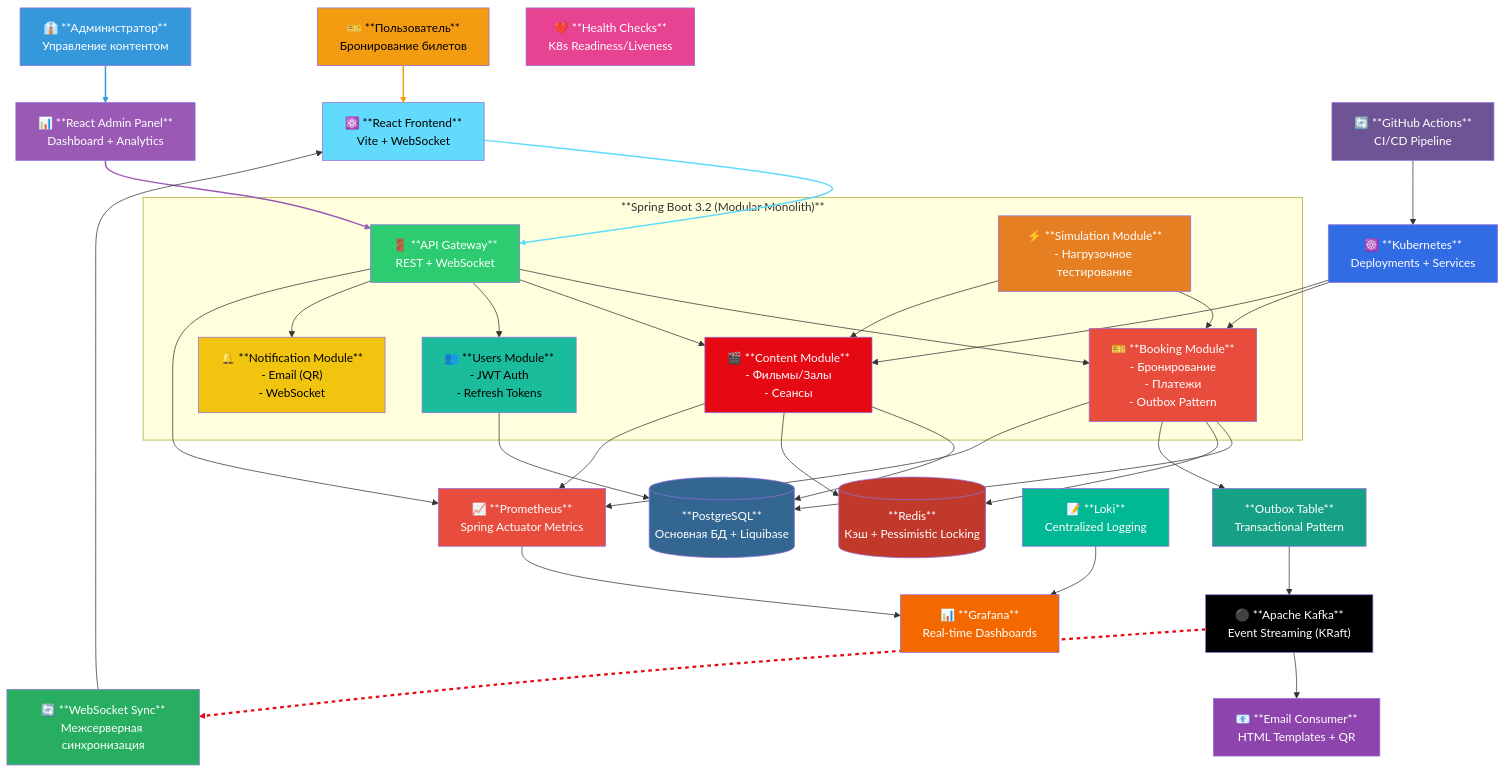
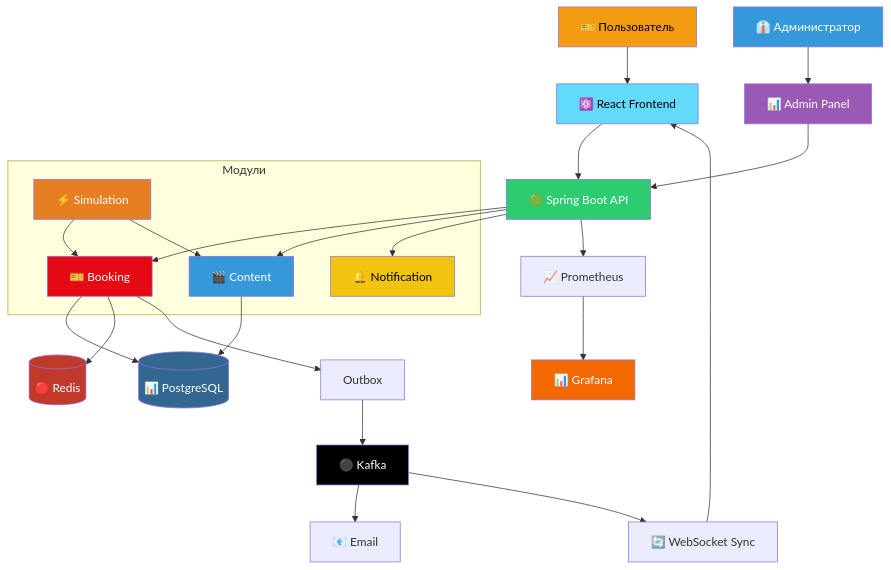
Before and after one commit to Frytes/CinemaPlus: the diagram in README.md, drawn with Mermaid. The commit also changed other lines of this file and 2 other files, not shown here.

````diff
--- a/README.md
+++ b/README.md
@@ -46,111 +48,54 @@
 ```mermaid
 graph TB
-    %% ========== КЛИЕНТЫ ==========
-    CLIENT_USER["🎫 **Пользователь**<br/>Бронирование билетов"] 
-    CLIENT_ADMIN["👔 **Администратор**<br/>Управление контентом"]
+    %% Клиенты
+    U["🎫 Пользователь"] --> FE["⚛️ React Frontend"]
+    A["👔 Администратор"] --> AP["📊 Admin Panel"]
     
-    %% ========== ФРОНТЕНД ==========
-    FRONTEND["⚛️ **React Frontend**<br/>Vite + WebSocket"]
-    ADMIN_PANEL["📊 **React Admin Panel**<br/>Dashboard + Analytics"]
+    %% Бэкенд
+    FE --> SB["🟢 Spring Boot API"]
+    AP --> SB
     
-    %% ========== БЭКЕНД ==========
-    subgraph "**Spring Boot 3.2 (Modular Monolith)**"
-        API_GATEWAY["🚪 **API Gateway**<br/>REST + WebSocket"]
-        
-        MODULE_BOOKING["🎫 **Booking Module**<br/>- Бронирование<br/>- Платежи<br/>- Outbox Pattern"]
-        MODULE_CONTENT["🎬 **Content Module**<br/>- Фильмы/Залы<br/>- Сеансы"]
-        MODULE_USERS["👥 **Users Module**<br/>- JWT Auth<br/>- Refresh Tokens"]
-        MODULE_NOTIFY["🔔 **Notification Module**<br/>- Email (QR)<br/>- WebSocket"]
-        MODULE_SIMULATE["⚡ **Simulation Module**<br/>- Нагрузочное тестирование"]
+    subgraph "Модули"
+        B["🎫 Booking"]
+        C["🎬 Content"]
+        N["🔔 Notification"]
+        S["⚡ Simulation"]
     end
     
-    %% ========== ХРАНИЛИЩА ==========
-    DB_MAIN[("**PostgreSQL**<br/>Основная БД + Liquibase")]
-    DB_CACHE[("**Redis**<br/>Кэш + Pessimistic Locking")]
-    DB_OUTBOX["**Outbox Table**<br/>Transactional Pattern"]
+    SB --> B
+    SB --> C
+    SB --> N
+    S --> B
+    S --> C
     
-    %% ========== МЕССЕНДЖИНГ ==========
-    MQ_KAFKA["⚫ **Apache Kafka**<br/>Event Streaming (KRaft)"]
-    MQ_CONSUMER_EMAIL["📧 **Email Consumer**<br/>HTML Templates + QR"]
-    MQ_CONSUMER_WS["🔄 **WebSocket Sync**<br/>Межсерверная синхронизация"]
+    %% Данные
+    B --> PG[("📊 PostgreSQL")]
+    C --> PG
+    B --> RD[("🔴 Redis")]
     
-    %% ========== МОНИТОРИНГ ==========
-    MON_PROMETHEUS["📈 **Prometheus**<br/>Spring Actuator Metrics"]
-    MON_LOKI["📝 **Loki**<br/>Centralized Logging"]
-    MON_GRAFANA["📊 **Grafana**<br/>Real-time Dashboards"]
-    MON_HEALTH["❤️ **Health Checks**<br/>K8s Readiness/Liveness"]
+    %% События
+    B --> OT["Outbox"]
+    OT --> KF["⚫ Kafka"]
+    KF --> EM["📧 Email"]
+    KF --> WS["🔄 WebSocket Sync"]
+    WS --> FE
     
-    %% ========== ДЕПЛОЙ ==========
-    DEPLOY_K8S["☸️ **Kubernetes**<br/>Deployments + Services"]
-    DEPLOY_CI["🔄 **GitHub Actions**<br/>CI/CD Pipeline"]
+    %% Мониторинг
+    SB --> PM["📈 Prometheus"]
+    PM --> GF["📊 Grafana"]
     
-    %% ========== СВЯЗИ ==========
-    CLIENT_USER --> FRONTEND
-    CLIENT_ADMIN --> ADMIN_PANEL
-    
-    FRONTEND --> API_GATEWAY
-    ADMIN_PANEL --> API_GATEWAY
-    
-    API_GATEWAY --> MODULE_BOOKING
-    API_GATEWAY --> MODULE_CONTENT
-    API_GATEWAY --> MODULE_USERS
-    API_GATEWAY --> MODULE_NOTIFY
-    
-    MODULE_BOOKING --> DB_MAIN
-    MODULE_CONTENT --> DB_MAIN
-    MODULE_USERS --> DB_MAIN
-    
-    MODULE_BOOKING --> DB_CACHE
-    MODULE_CONTENT --> DB_CACHE
-    
-    MODULE_BOOKING --> DB_OUTBOX
-    DB_OUTBOX --> MQ_KAFKA
-    
-    MQ_KAFKA --> MQ_CONSUMER_EMAIL
-    MQ_KAFKA --> MQ_CONSUMER_WS
-    MQ_CONSUMER_WS --> FRONTEND
-    
-    MODULE_BOOKING --> MON_PROMETHEUS
-    MODULE_CONTENT --> MON_PROMETHEUS
-    API_GATEWAY --> MON_PROMETHEUS
-    
-    MON_PROMETHEUS --> MON_GRAFANA
-    MON_LOKI --> MON_GRAFANA
-    
-    MODULE_SIMULATE --> MODULE_BOOKING
-    MODULE_SIMULATE --> MODULE_CONTENT
-    
-    DEPLOY_K8S --> MODULE_BOOKING
-    DEPLOY_K8S --> MODULE_CONTENT
-    DEPLOY_CI --> DEPLOY_K8S
-    
-    %% ========== СТИЛИ ==========
-    style CLIENT_USER fill:#f39c12,color:#000
-    style CLIENT_ADMIN fill:#3498db,color:#fff
-    style FRONTEND fill:#61dafb,color:#000
-    style ADMIN_PANEL fill:#9b59b6,color:#fff
-    style API_GATEWAY fill:#2ecc71,color:#fff
-    style MODULE_BOOKING fill:#e74c3c,color:#fff
-    style MODULE_CONTENT fill:#e50914,color:#fff
-    style MODULE_USERS fill:#1abc9c,color:#000
-    style MODULE_NOTIFY fill:#f1c40f,color:#000
-    style MODULE_SIMULATE fill:#e67e22,color:#fff
-    style DB_MAIN fill:#336791,color:#fff
-    style DB_CACHE fill:#c0392b,color:#fff
-    style DB_OUTBOX fill:#16a085,color:#fff
-    style MQ_KAFKA fill:#000,color:#fff
-    style MQ_CONSUMER_EMAIL fill:#8e44ad,color:#fff
-    style MQ_CONSUMER_WS fill:#27ae60,color:#fff
-    style MON_PROMETHEUS fill:#e74c3c,color:#fff
-    style MON_LOKI fill:#00b894,color:#fff
-    style MON_GRAFANA fill:#f46800,color:#fff
-    style MON_HEALTH fill:#e84393,color:#fff
-    style DEPLOY_K8S fill:#326ce5,color:#fff
-    style DEPLOY_CI fill:#6e5494,color:#fff
-    
-    linkStyle 0 stroke:#f39c12,stroke-width:2px
-    linkStyle 1 stroke:#3498db,stroke-width:2px
-    linkStyle 2 stroke:#61dafb,stroke-width:2px
-    linkStyle 3 stroke:#9b59b6,stroke-width:2px
-    linkStyle 16 stroke:#e50914,stroke-width:3px,stroke-dasharray:5,5
+    %% Стили
+    style U fill:#f39c12,color:#000
+    style A fill:#3498db,color:#fff
+    style FE fill:#61dafb,color:#000
+    style AP fill:#9b59b6,color:#fff
+    style SB fill:#2ecc71,color:#fff
+    style B fill:#e50914,color:#fff
+    style C fill:#3498db,color:#fff
+    style N fill:#f1c40f,color:#000
+    style S fill:#e67e22,color:#fff
+    style PG fill:#336791,color:#fff
+    style RD fill:#c0392b,color:#fff
+    style KF fill:#000,color:#fff
+    style GF fill:#f46800,color:#fff
 ```
````
